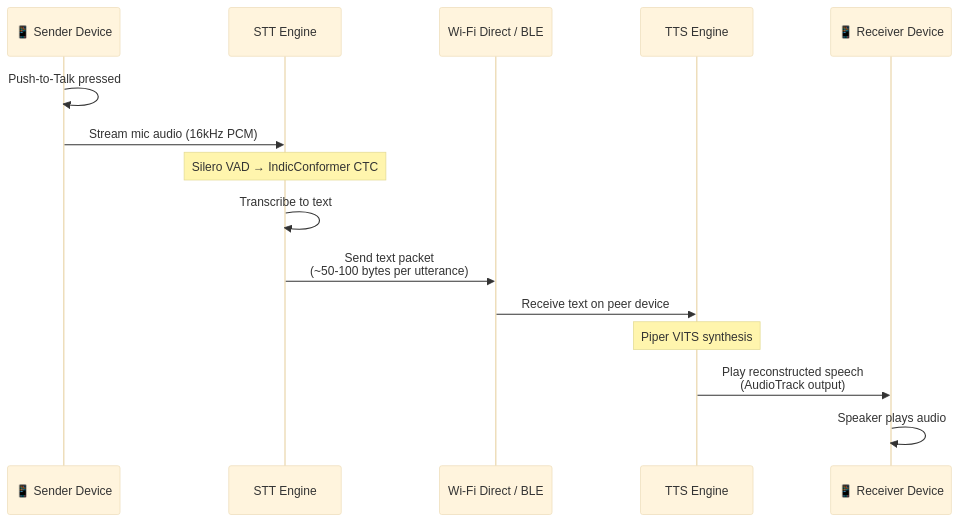
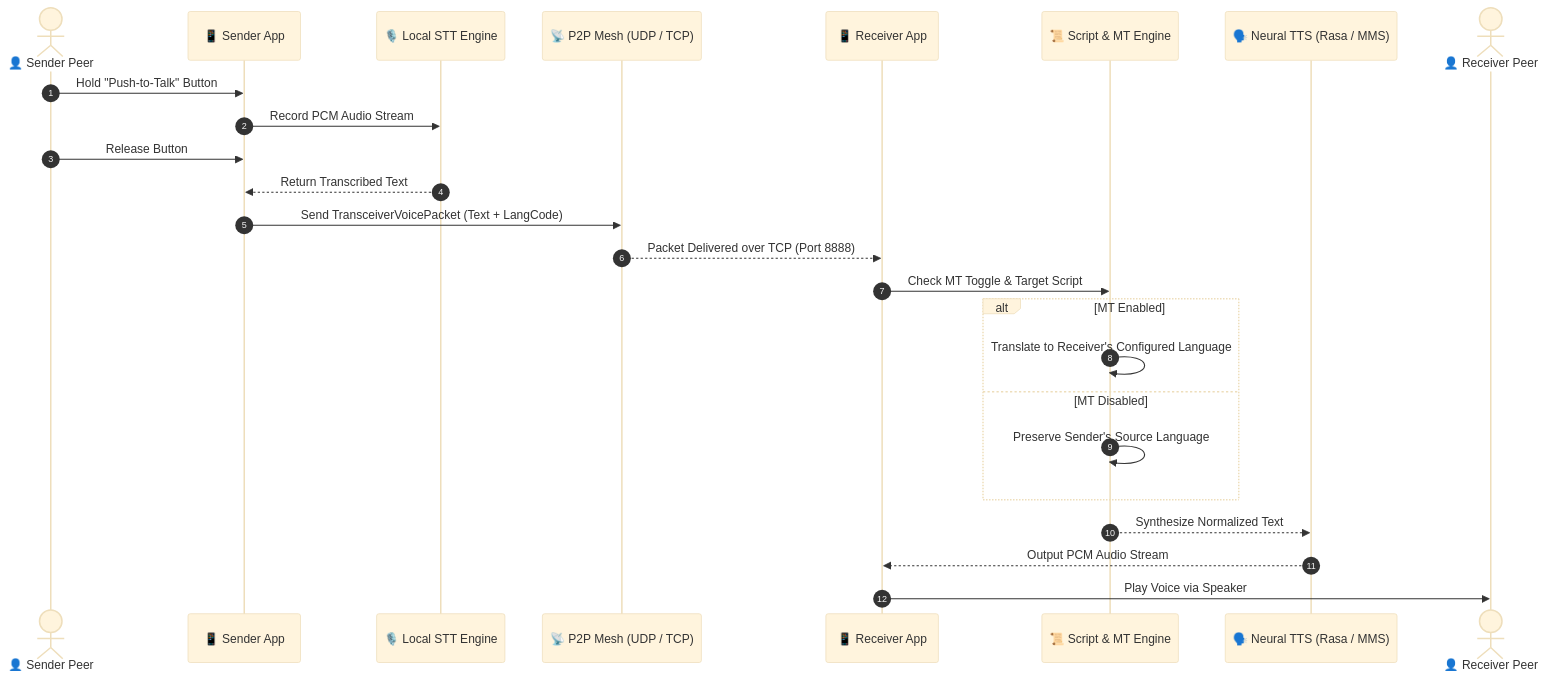
Before and after one commit to Shreeyashxz/iTantra: the diagram in README.md, drawn with Mermaid (base theme). The commit also changed other lines of this file and 1 other file, not shown here.

````diff
--- a/README.md
+++ b/README.md
@@ -92,18 +86,28 @@
 ```mermaid
 sequenceDiagram
-    participant Sender as 📱 Sender Device
-    participant STT as STT Engine
-    participant Transport as Wi-Fi Direct / BLE
-    participant TTS as TTS Engine
-    participant Receiver as 📱 Receiver Device
+    autonumber
+    actor Sender as 👤 Sender Peer
+    participant App1 as 📱 Sender App
+    participant STT as 🎙️ Local STT Engine
+    participant Net as 📡 P2P Mesh (UDP / TCP)
+    participant App2 as 📱 Receiver App
+    participant Norm as 📜 Script & MT Engine
+    participant TTS as 🗣️ Neural TTS (Rasa / MMS)
+    actor Receiver as 👤 Receiver Peer
 
-    Sender->>Sender: Push-to-Talk pressed
-    Sender->>STT: Stream mic audio (16kHz PCM)
-    Note over STT: Silero VAD → IndicConformer CTC
-    STT->>STT: Transcribe to text
-    STT->>Transport: Send text packet<br/>(~50-100 bytes per utterance)
-    Transport->>TTS: Receive text on peer device
-    Note over TTS: Piper VITS synthesis
-    TTS->>Receiver: Play reconstructed speech<br/>(AudioTrack output)
-    Receiver->>Receiver: Speaker plays audio
+    Sender->>App1: Hold "Push-to-Talk" Button
+    App1->>STT: Record PCM Audio Stream
+    Sender->>App1: Release Button
+    STT-->>App1: Return Transcribed Text
+    App1->>Net: Send TransceiverVoicePacket (Text + LangCode)
+    Net-->>App2: Packet Delivered over TCP (Port 8888)
+    App2->>Norm: Check MT Toggle & Target Script
+    alt MT Enabled
+        Norm->>Norm: Translate to Receiver's Configured Language
+    else MT Disabled
+        Norm->>Norm: Preserve Sender's Source Language
+    end
+    Norm-->>TTS: Synthesize Normalized Text
+    TTS-->>App2: Output PCM Audio Stream
+    App2->>Receiver: Play Voice via Speaker
 ```
````
